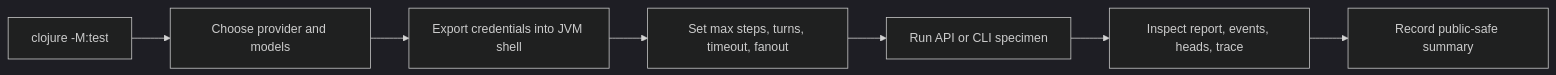
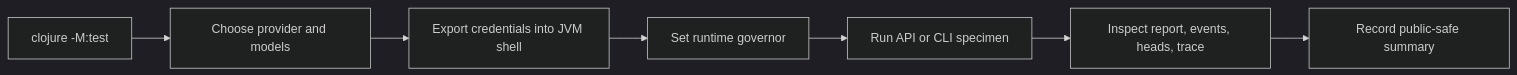
Before and after one commit to DeadMeme5441/fractal-engine: the diagram in docs/LIVE_VALIDATION.md, drawn with Mermaid (dark theme). The commit also changed other lines of this file and 10 other files, not shown here.

````diff
--- a/docs/LIVE_VALIDATION.md
+++ b/docs/LIVE_VALIDATION.md
@@ -25,9 +25,9 @@
 ```mermaid
 flowchart LR
   Offline["clojure -M:test"] --> Models["Choose provider and models"]
   Models --> Env["Export credentials into JVM shell"]
-  Env --> Leashes["Set max steps, turns, timeout, fanout"]
-  Leashes --> Run["Run API or CLI specimen"]
+  Env --> Governor["Set runtime governor"]
+  Governor --> Run["Run API or CLI specimen"]
   Run --> Inspect["Inspect report, events, heads, trace"]
   Inspect --> Sanitize["Record public-safe summary"]
 ```
````
